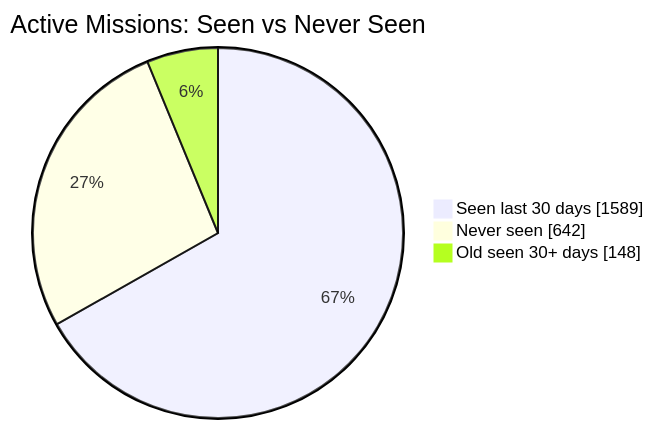
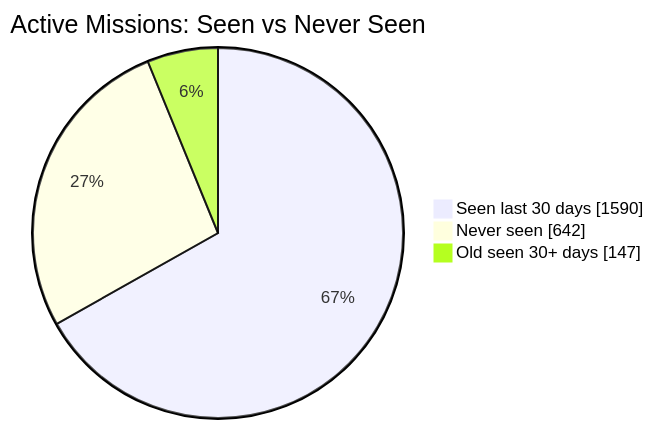
The first of 2 diagrams in README.md (MeldkamerspelGameTeam/active-missions), drawn with Mermaid before and after one commit. The commit also changed other lines of this file and 3 other files, not shown here.

````diff
--- a/README.md
+++ b/README.md
@@ -34,7 +34,7 @@
 ```mermaid
 pie showData
     title Active Missions: Seen vs Never Seen
-    "Seen last 30 days" : 1589
+    "Seen last 30 days" : 1590
     "Never seen" : 642
-    "Old seen 30+ days" : 148
+    "Old seen 30+ days" : 147
 ```
````
